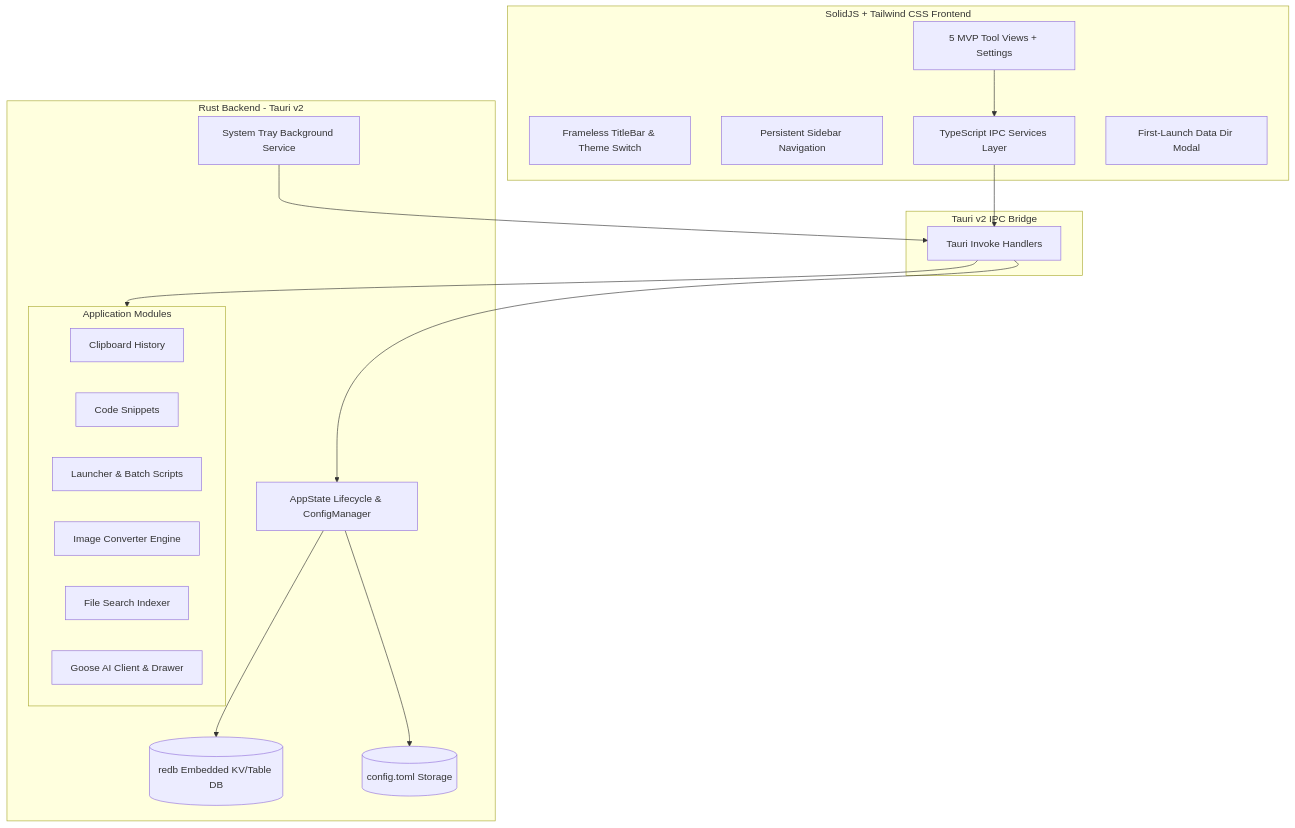
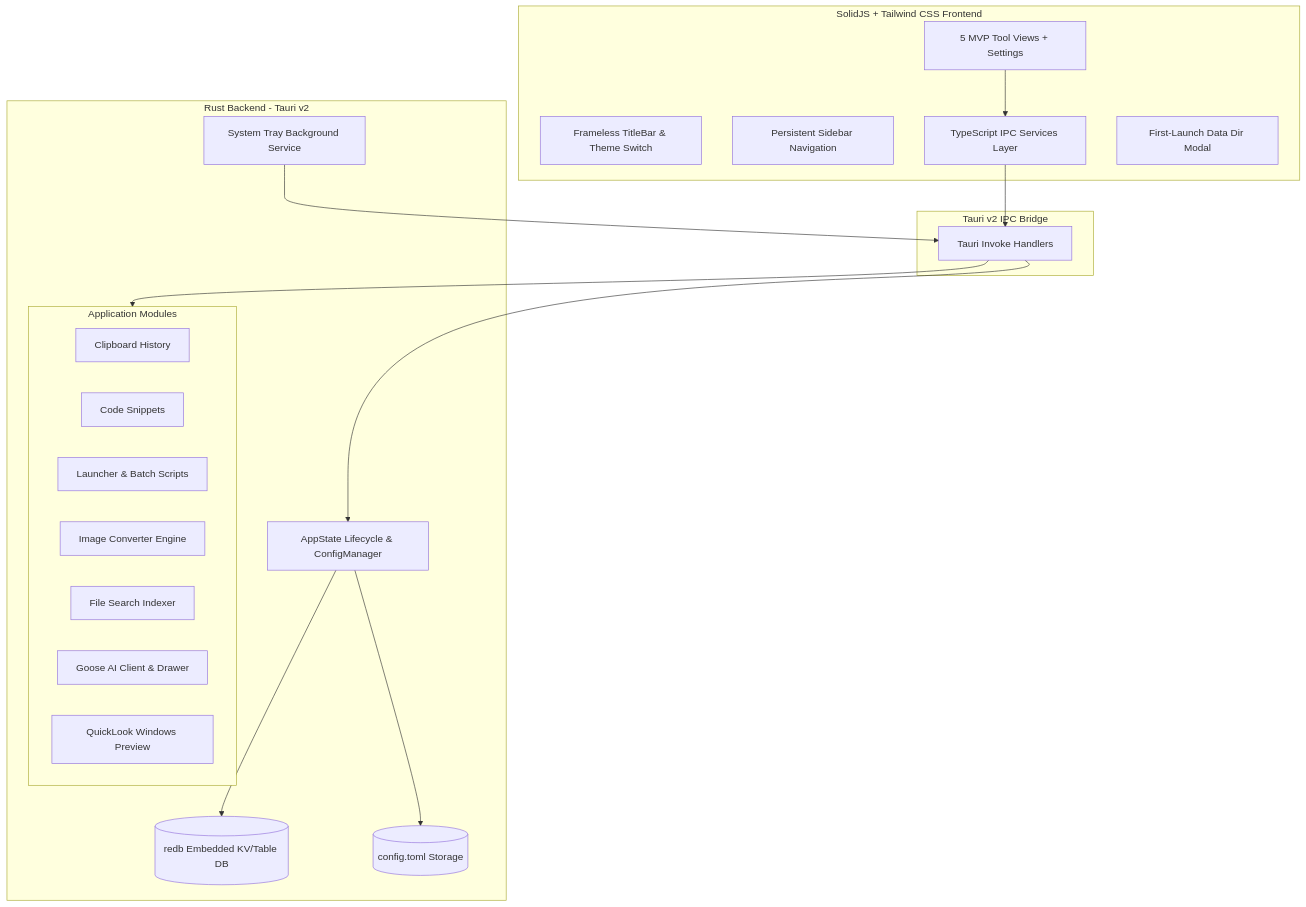
The diagram in docs/architecture.md (BerryUIKI/TheBerry), drawn with Mermaid before and after one commit. The commit also changed 21 other files, not shown here.

Commit message:
feat(quicklook): integrate Windows-only QuickLook file preview with named pipe IPC and Spacebar triggers

````diff
--- a/docs/architecture.md
+++ b/docs/architecture.md
@@ -6,38 +6,39 @@
 ```mermaid
 graph TD
     subgraph Frontend [SolidJS + Tailwind CSS Frontend]
         TitleBar[Frameless TitleBar & Theme Switch]
         Sidebar[Persistent Sidebar Navigation]
         Views[5 MVP Tool Views + Settings]
         Services[TypeScript IPC Services Layer]
         FirstLaunch[First-Launch Data Dir Modal]
     end
 
     subgraph IPC [Tauri v2 IPC Bridge]
         Commands[Tauri Invoke Handlers]
     end
 
     subgraph Backend [Rust Backend - Tauri v2]
         CoreState[AppState Lifecycle & ConfigManager]
         Tray[System Tray Background Service]
         Redb[(redb Embedded KV/Table DB)]
         TomlConfig[(config.toml Storage)]
         
         subgraph Modules [Application Modules]
             M1[Clipboard History]
             M2[Code Snippets]
             M3[Launcher & Batch Scripts]
             M4[Image Converter Engine]
             M5[File Search Indexer]
             M6[Goose AI Client & Drawer]
+            M7[QuickLook Windows Preview]
         end
     end
 
     Views --> Services
     Services --> Commands
     Commands --> CoreState
     CoreState --> Redb
     CoreState --> TomlConfig
     Commands --> Modules
     Tray --> Commands
 ```
````
